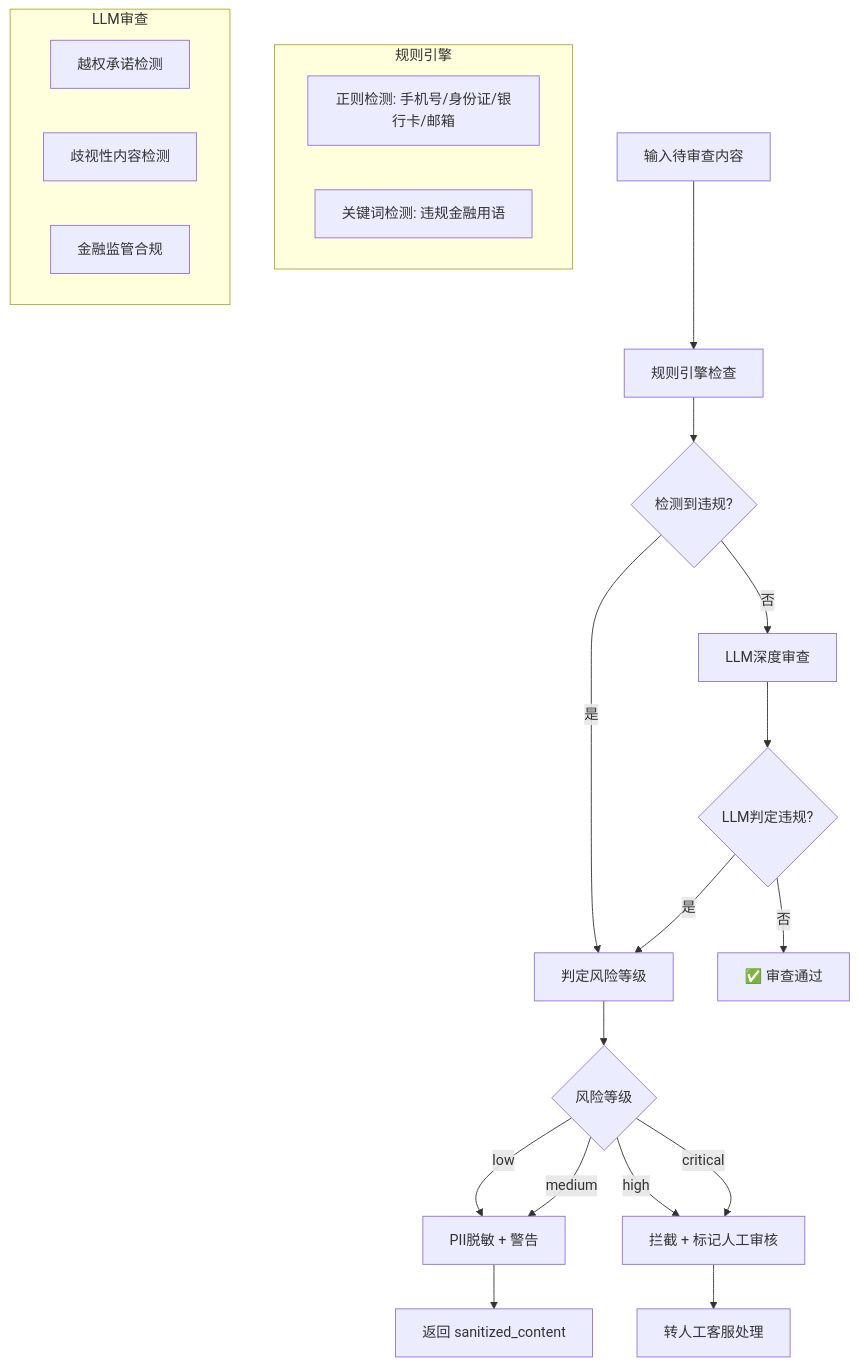
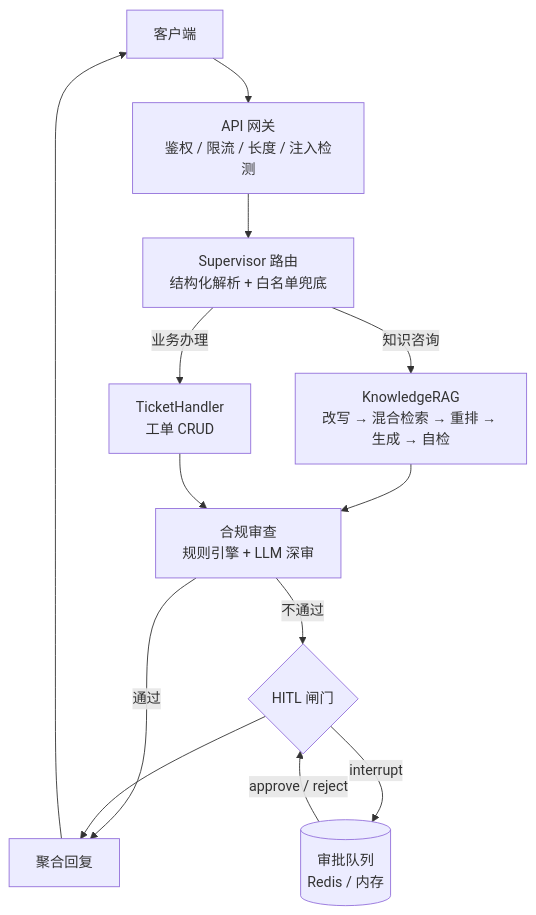
One commit to LC-di-yan/HeteroAgent changed the diagram in README.md. Above: the diagram before and after it, drawn with Mermaid. The commit also changed other lines of this file and 30 other files, not shown here.

Commit message:
P1: official MCP SDK (tooling/), interrupt-based HITL, GenAI semconv, create_agent factory, README+docs+screenshots

````diff
--- a/README.md
+++ b/README.md
@@ -364,32 +51,15 @@
 ```mermaid
-flowchart TD
-    A[输入待审查内容] --> B[规则引擎检查]
-    
-    B --> C{检测到违规?}
-    C -->|否| D[LLM深度审查]
-    C -->|是| E[判定风险等级]
-    
-    D --> F{LLM判定违规?}
-    F -->|否| G[✅ 审查通过]
-    F -->|是| E
-    
-    E --> H{风险等级}
-    H -->|low| I[PII脱敏 + 警告]
-    H -->|medium| I
-    H -->|high| J[拦截 + 标记人工审核]
-    H -->|critical| J
-
-    I --> K[返回 sanitized_content]
-    J --> L[转人工客服处理]
-
-    subgraph 规则引擎
-        R1[正则检测: 手机号/身份证/银行卡/邮箱]
-        R2[关键词检测: 违规金融用语]
-    end
-
-    subgraph LLM审查
-        L1[越权承诺检测]
-        L2[歧视性内容检测]
-        L3[金融监管合规]
-    end
+graph TB
+    C[客户端] --> GW[API 网关<br/>鉴权 / 限流 / 长度 / 注入检测]
+    GW --> R[Supervisor 路由<br/>结构化解析 + 白名单兜底]
+    R -->|知识咨询| KR[KnowledgeRAG<br/>改写 → 混合检索 → 重排 → 生成 → 自检]
+    R -->|业务办理| TH[TicketHandler<br/>工单 CRUD]
+    KR --> CC[合规审查<br/>规则引擎 + LLM 深审]
+    TH --> CC
+    CC -->|通过| SY[聚合回复]
+    CC -->|不通过| GATE{HITL 闸门}
+    GATE -->|interrupt| AQ[(审批队列<br/>Redis / 内存)]
+    AQ -->|approve / reject| GATE
+    GATE --> SY
+    SY --> C
 ```
````
